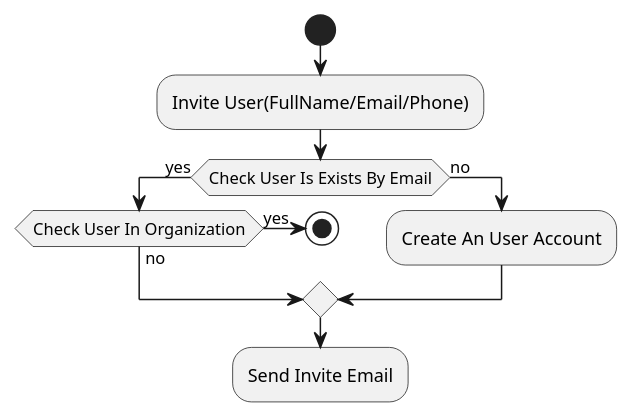
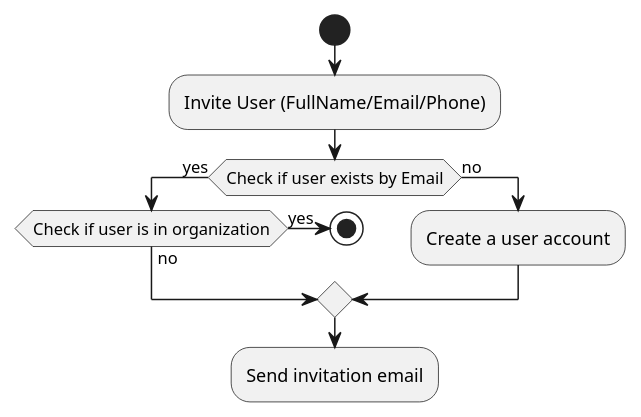
The diagram in backend/app/borrower/docs/diagram/action/borrower_invite_user.puml (Zeitro/Zeebee-Dev), drawn with PlantUML before and after one commit. The commit also changed 3 other files, not shown here.

Commit message:
feat(borrower-backend): add organization email authorization flow diagrams

```diff
--- a/backend/app/borrower/docs/diagram/action/borrower_invite_user.puml
+++ b/backend/app/borrower/docs/diagram/action/borrower_invite_user.puml
@@ -1,13 +1,13 @@
 @startuml
 start
-:Invite User(FullName/Email/Phone);
-if(Check User Is Exists By Email) then (yes)
-  if(Check User In Organization) then (yes)
+:Invite User (FullName/Email/Phone);
+if (Check if user exists by Email) then (yes)
+  if (Check if user is in organization) then (yes)
     stop;
   else (no)
   endif
 else (no)
-  :Create An User Account;
+  :Create a user account;
 endif
-:Send Invite Email;
+:Send invitation email;
 @enduml
```
